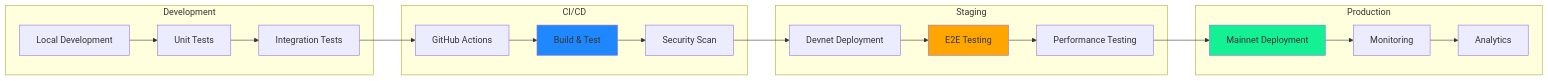
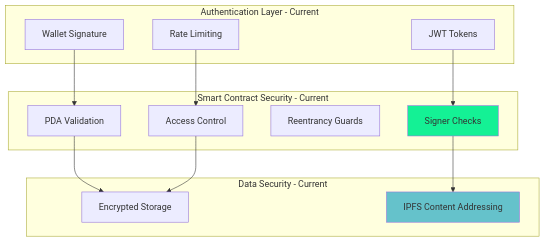
One commit to De-real-iManuel/aetherlock-docs changed the tenth of 14 diagrams in technical-architecture.mdx. Above: the diagram before and after it, drawn with Mermaid. The commit also changed other lines of this file and 144 other files, not shown here.

````diff
--- a/technical-architecture.mdx
+++ b/technical-architecture.mdx
@@ -1810,45 +1327,31 @@
 ```mermaid
-flowchart LR
-    subgraph "Development"
-        D1[Local Development]
-        D2[Unit Tests]
-        D3[Integration Tests]
+graph TB
+    subgraph "Authentication Layer - Current"
+        A1[Wallet Signature]
+        A2[JWT Tokens]
+        A3[Rate Limiting]
     end
     
-    subgraph "CI/CD"
-        C1[GitHub Actions]
-        C2[Build & Test]
-        C3[Security Scan]
+    subgraph "Smart Contract Security - Current"
+        SC1[PDA Validation]
+        SC2[Signer Checks]
+        SC3[Reentrancy Guards]
+        SC4[Access Control]
     end
     
-    subgraph "Staging"
-        S1[Devnet Deployment]
-        S2[E2E Testing]
-        S3[Performance Testing]
+    subgraph "Data Security - Current"
+        D1[Encrypted Storage]
+        D2[IPFS Content Addressing]
     end
     
-    subgraph "Production"
-        P1[Mainnet Deployment]
-        P2[Monitoring]
-        P3[Analytics]
-    end
+    A1 --> SC1
+    A2 --> SC2
+    A3 --> SC4
     
-    D1 --> D2
-    D2 --> D3
-    D3 --> C1
+    SC1 --> D1
+    SC2 --> D2
+    SC4 --> D1
     
-    C1 --> C2
-    C2 --> C3
-    C3 --> S1
-    
-    S1 --> S2
-    S2 --> S3
-    S3 --> P1
-    
-    P1 --> P2
-    P2 --> P3
-    
-    style C2 fill:#2088FF
-    style S2 fill:#FFA500
-    style P1 fill:#14F195
+    style SC2 fill:#14F195
+    style D2 fill:#65C2CB
 ```
````
